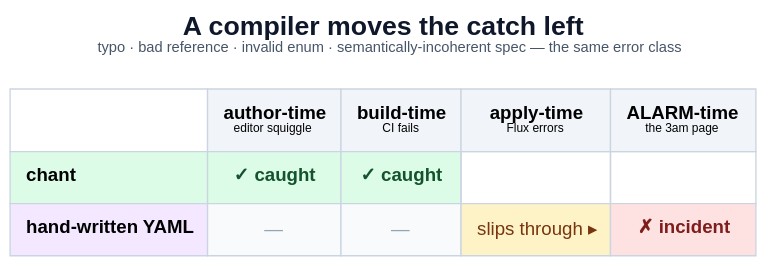
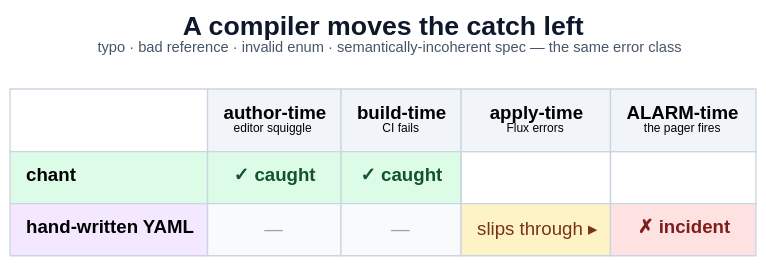
One commit to INTENTIUS/chant changed the diagram in posts/infra-compiler-diagrams/02-shift-left.dot. Above: the diagram before and after it, drawn with Graphviz. The commit also changed 9 other files, not shown here.

```diff
--- a/posts/infra-compiler-diagrams/02-shift-left.dot
+++ b/posts/infra-compiler-diagrams/02-shift-left.dot
@@ -1,33 +1,33 @@
 digraph shift_left {
   rankdir=TB
   labelloc="t"
   label=<<b>A compiler moves the catch left</b><br/><font point-size="11" color="#475569">typo · bad reference · invalid enum · semantically-incoherent spec — the same error class</font><br/> >
   graph [fontname="Helvetica,Arial,sans-serif" bgcolor="transparent" pad="0.4" fontsize=20 fontcolor="#0F172A"]
   node  [fontname="Helvetica,Arial,sans-serif" shape=plaintext margin=0]
 
   grid [label=<
     <table border="0" cellborder="1" cellspacing="0" cellpadding="11" color="#CBD5E1">
       <tr>
         <td bgcolor="#FFFFFF00"></td>
         <td bgcolor="#F1F5F9"><b>author-time</b><br/><font point-size="9">editor squiggle</font></td>
         <td bgcolor="#F1F5F9"><b>build-time</b><br/><font point-size="9">CI fails</font></td>
         <td bgcolor="#F1F5F9"><b>apply-time</b><br/><font point-size="9">Flux errors</font></td>
-        <td bgcolor="#F1F5F9"><b>ALARM-time</b><br/><font point-size="9">the 3am page</font></td>
+        <td bgcolor="#F1F5F9"><b>ALARM-time</b><br/><font point-size="9">the pager fires</font></td>
       </tr>
       <tr>
         <td bgcolor="#DCFCE7" align="left"><b>chant</b></td>
         <td bgcolor="#DCFCE7"><font color="#14532D"><b>✓ caught</b></font></td>
         <td bgcolor="#DCFCE7"><font color="#14532D"><b>✓ caught</b></font></td>
         <td bgcolor="#FFFFFF00"></td>
         <td bgcolor="#FFFFFF00"></td>
       </tr>
       <tr>
         <td bgcolor="#F3E8FF" align="left"><b>hand-written YAML</b></td>
         <td bgcolor="#F8FAFC"><font color="#94A3B8">—</font></td>
         <td bgcolor="#F8FAFC"><font color="#94A3B8">—</font></td>
         <td bgcolor="#FEF3C7"><font color="#78350F">slips through ▸</font></td>
         <td bgcolor="#FEE2E2"><font color="#7F1D1D"><b>✗ incident</b></font></td>
       </tr>
     </table>
   >]
 }
```
